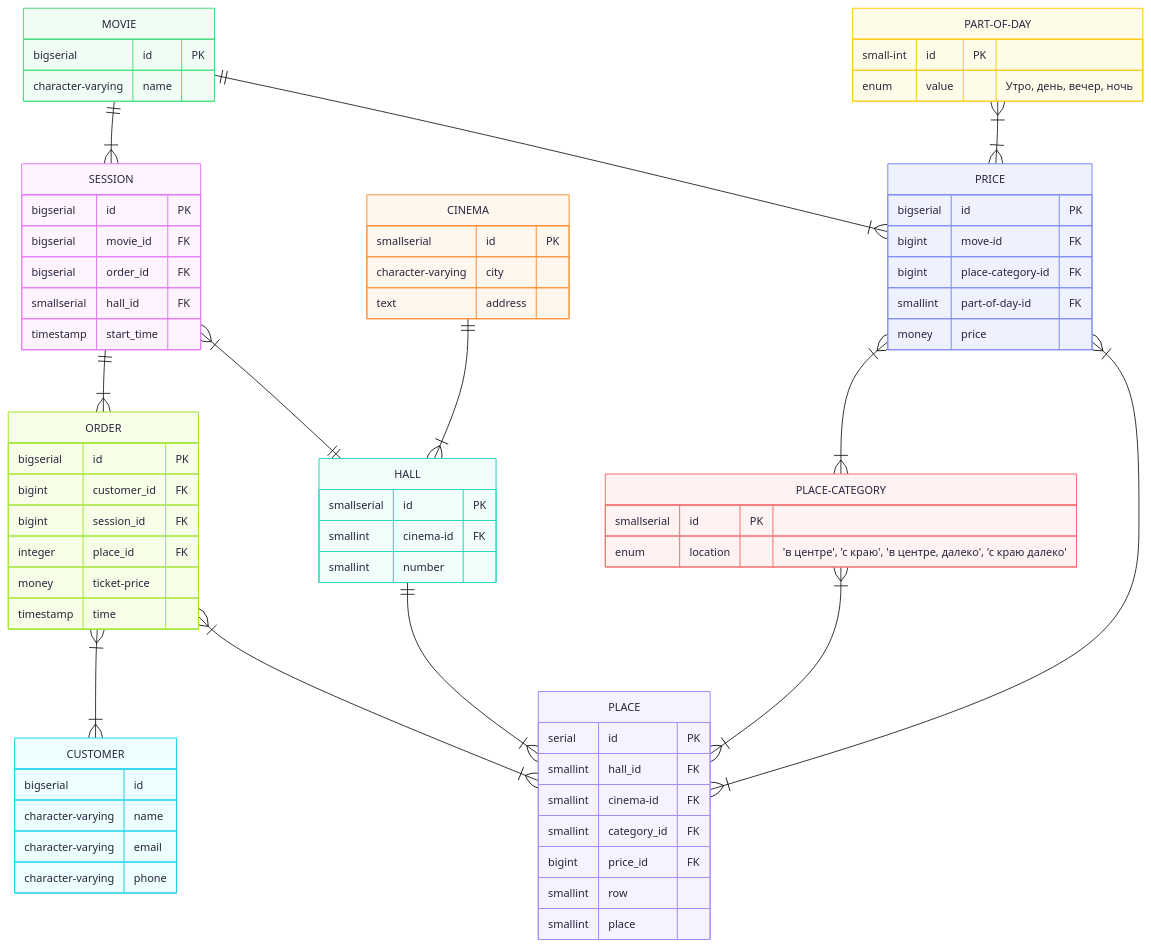
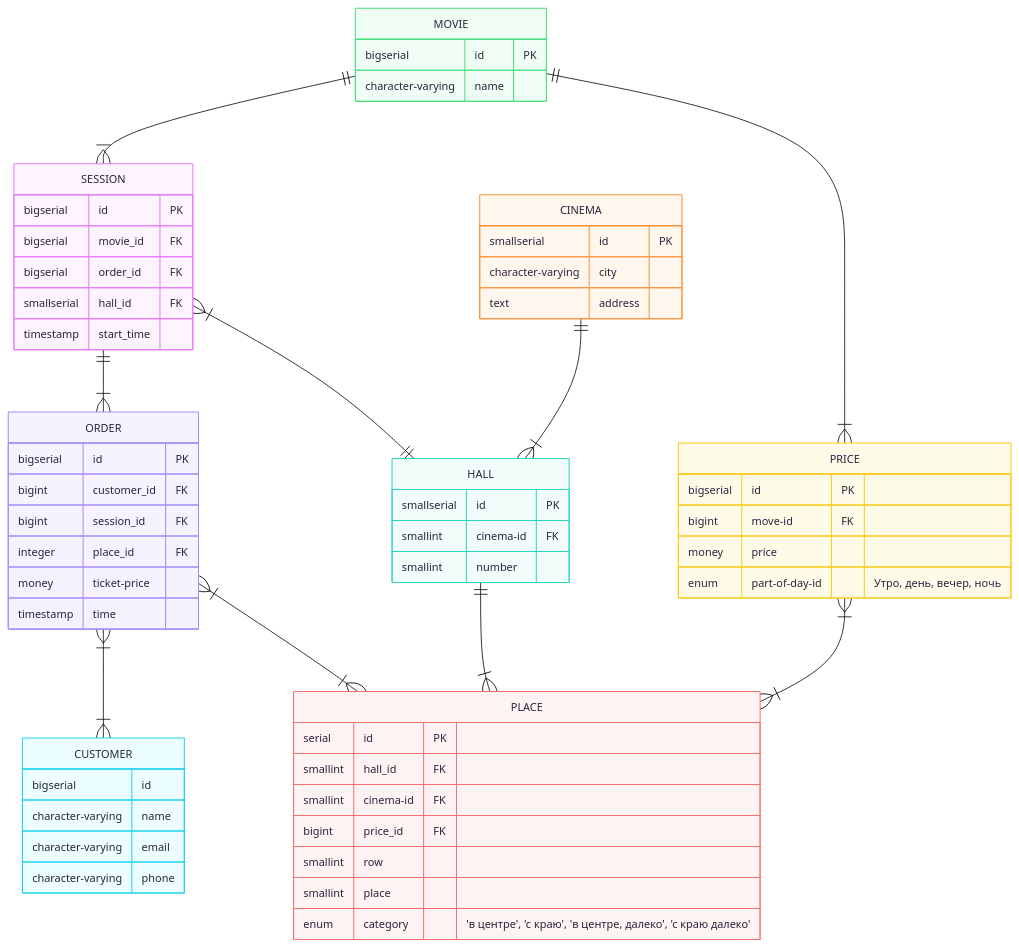
The diagram in cinema.mmd (otusteamedu/PHP_2025), drawn with Mermaid before and after one commit. The commit also changed 1 other file, not shown here.

Commit message:
feat: Updated schema

```diff
--- a/cinema.mmd
+++ b/cinema.mmd
@@ -1,88 +1,74 @@
 ---
 config:
   theme: redux-color
   layout: dagre
 ---
 erDiagram
 	direction TB
 	SESSION {
 		bigserial id PK ""
 		bigserial movie_id FK ""
 		bigserial order_id FK ""
 		smallserial hall_id FK ""
 		timestamp start_time  ""
 	}
 
 	HALL {
 		smallserial id PK ""
 		smallint cinema-id FK ""
 		smallint number  ""
 	}
 
 	CINEMA {
 		smallserial id PK ""
 		character-varying city  ""
 		text address  ""
 	}
 
 	CUSTOMER {
 		bigserial id  ""
 		character-varying name  ""
 		character-varying email  ""
 		character-varying phone  ""
 	}
 
 	MOVIE {
 		bigserial id PK ""
 		character-varying name  ""
 	}
 
-	PLACE {
-		serial id PK ""
-		smallint hall_id FK ""
-		smallint cinema-id FK ""
-		smallint category_id FK ""
-		bigint price_id FK ""
-		smallint row  ""
-		smallint place  ""
-	}
-
-	PLACE-CATEGORY {
-		smallserial id PK ""
-		enum location  "'в центре', 'с краю', 'в центре, далеко', 'с краю далеко'"
-	}
-
-	PART-OF-DAY {
-		small-int id PK ""
-		enum value  "Утро, день, вечер, ночь"
-	}
-
-	PRICE {
-		bigserial id PK ""
-		bigint move-id FK ""
-		bigint place-category-id FK ""
-		smallint part-of-day-id FK ""
-		money price  ""
-	}
-
 	ORDER {
 		bigserial id PK ""
 		bigint customer_id FK ""
 		bigint session_id FK ""
 		integer place_id FK ""
 		money ticket-price  ""
 		timestamp time  ""
 	}
 
-	PLACE-CATEGORY}|--|{PLACE:"  "
+	PLACE {
+		serial id PK ""
+		smallint hall_id FK ""
+		smallint cinema-id FK ""
+		bigint price_id FK ""
+		smallint row  ""
+		smallint place  ""
+		enum category  "'в центре', 'с краю', 'в центре, далеко', 'с краю далеко'"
+	}
+
+	PRICE {
+		bigserial id PK ""
+		bigint move-id FK ""
+		money price  ""
+		enum part-of-day-id  "Утро, день, вечер, ночь"
+	}
+
 	HALL||--|{PLACE:"  "
 	ORDER}|--|{CUSTOMER:"  "
 	SESSION||--|{ORDER:"  "
 	MOVIE||--|{SESSION:"  "
 	SESSION}|--||HALL:"  "
 	ORDER}|--|{PLACE:"  "
 	CINEMA||--|{HALL:"  "
-	PRICE}|--|{PLACE-CATEGORY:"  "
 	PRICE}|--|{PLACE:"  "
-	PART-OF-DAY}|--|{PRICE:"  "
 	MOVIE||--|{PRICE:"  "
```
